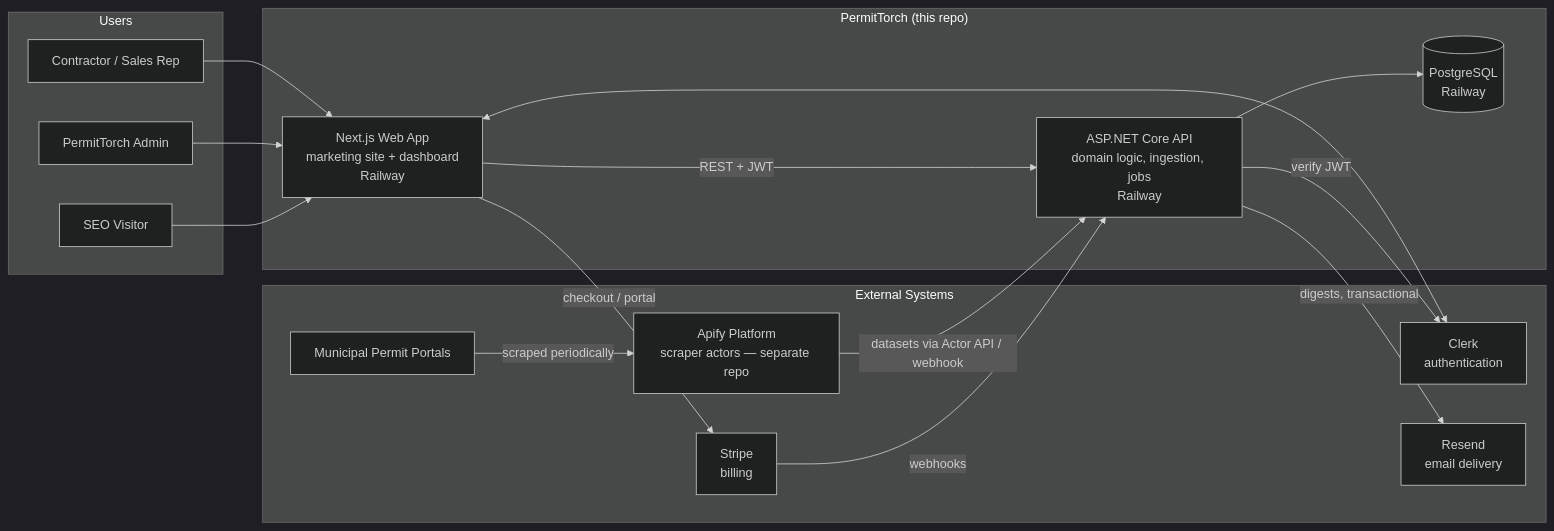
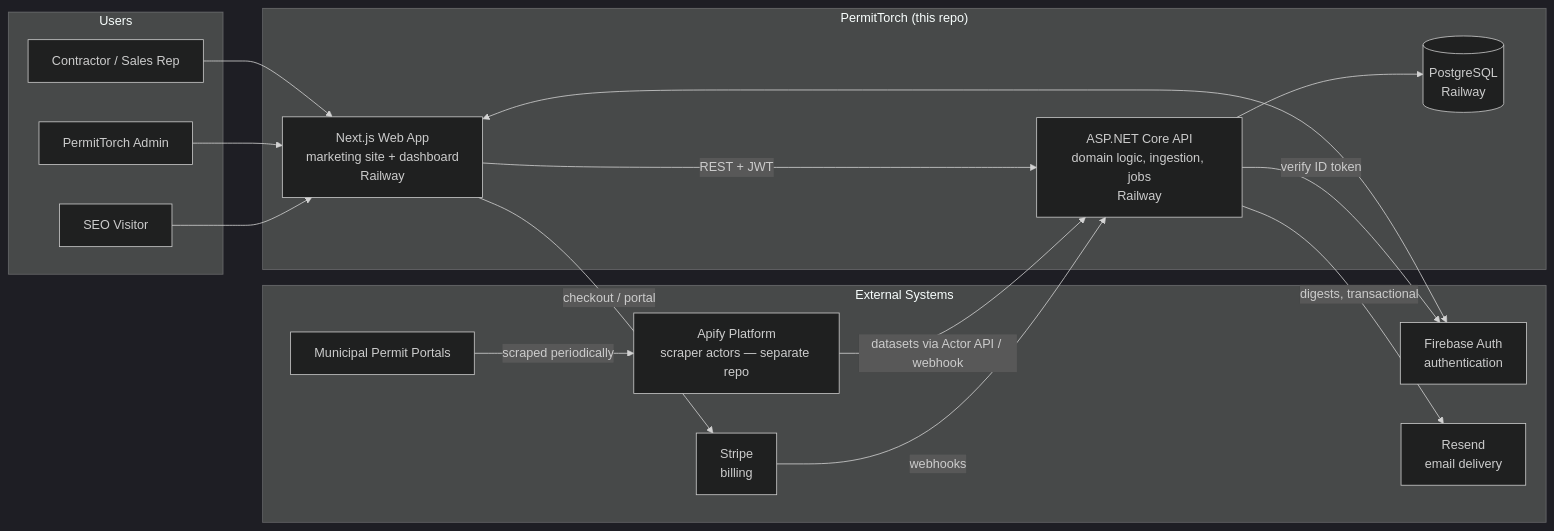
One commit to andypnguyen11-gif/permittorch changed the first of 4 diagrams in Architecture.md. Above: the diagram before and after it, drawn with Mermaid (dark theme). The commit also changed other lines of this file and 7 other files, not shown here.

First line of the commit message:
Propagate Firebase Auth to API, dashboard, integration, and product docs

````diff
--- a/Architecture.md
+++ b/Architecture.md
@@ -31,36 +31,36 @@
 ```mermaid
 flowchart LR
     subgraph External["External Systems"]
         MP[Municipal Permit Portals]
         APIFY[Apify Platform<br/>scraper actors — separate repo]
-        CLERK[Clerk<br/>authentication]
+        FIREBASE[Firebase Auth<br/>authentication]
         STRIPE[Stripe<br/>billing]
         RESEND[Resend<br/>email delivery]
     end
 
     subgraph PermitTorch["PermitTorch (this repo)"]
         WEB[Next.js Web App<br/>marketing site + dashboard<br/>Railway]
         API[ASP.NET Core API<br/>domain logic, ingestion, jobs<br/>Railway]
         DB[(PostgreSQL<br/>Railway)]
     end
 
     subgraph Users
         CONTRACTOR[Contractor / Sales Rep]
         ADMIN[PermitTorch Admin]
         VISITOR[SEO Visitor]
     end
 
     MP -->|scraped periodically| APIFY
     APIFY -->|datasets via Actor API / webhook| API
     API --> DB
     WEB -->|REST + JWT| API
-    WEB <--> CLERK
-    API -->|verify JWT| CLERK
+    WEB <--> FIREBASE
+    API -->|verify ID token| FIREBASE
     STRIPE -->|webhooks| API
     WEB -->|checkout / portal| STRIPE
     API -->|digests, transactional| RESEND
 
     CONTRACTOR --> WEB
     ADMIN --> WEB
     VISITOR --> WEB
 ```
````
